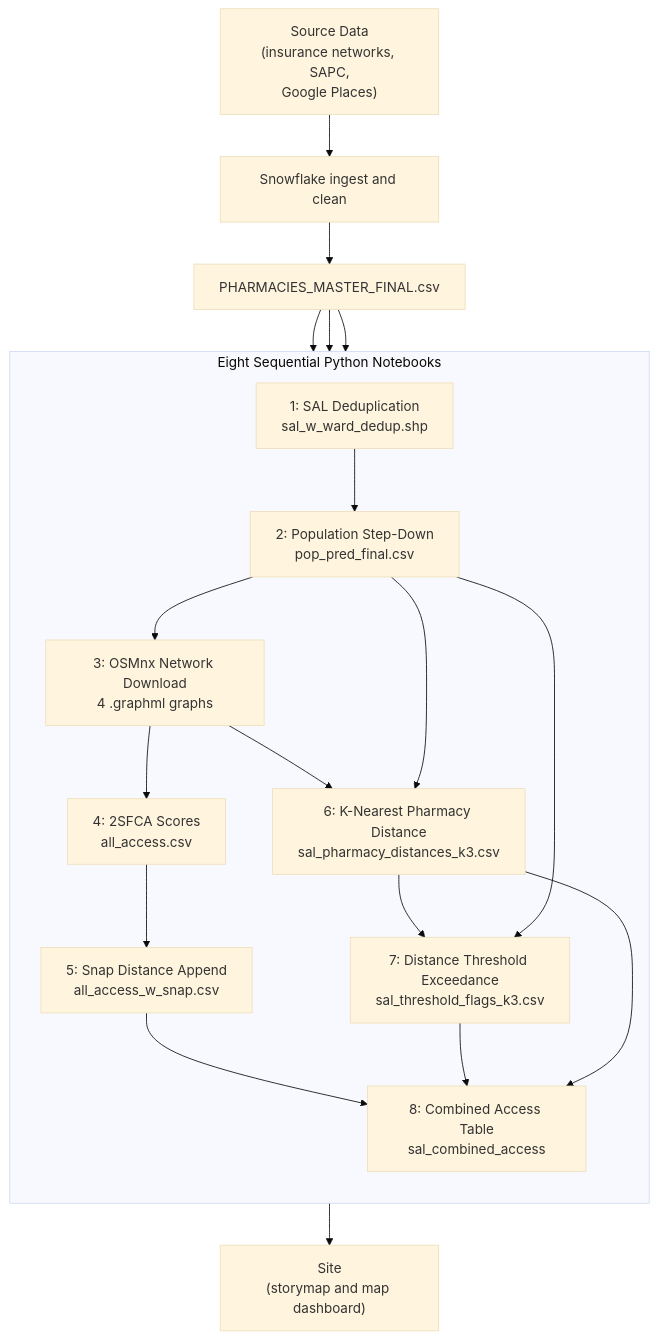
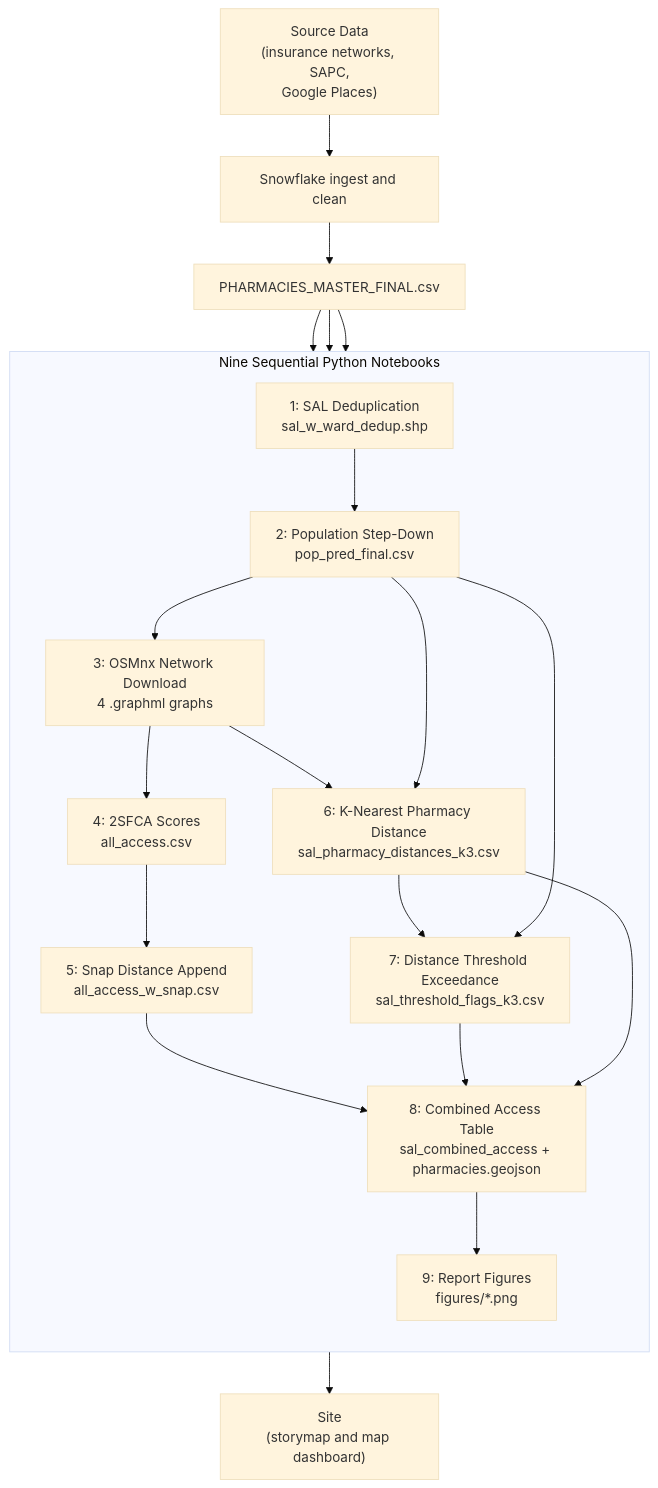
One commit to astauf03/dair-pharmacy-app changed the diagram in report/README.md. Above: the diagram before and after it, drawn with Mermaid (base theme). The commit also changed other lines of this file, not shown here.

````diff
--- a/report/README.md
+++ b/report/README.md
@@ -194,26 +194,27 @@
 ```mermaid
 flowchart TD
     SRC["Source Data<br/>(insurance networks, SAPC,<br/>Google Places)"] --> SNOW["Snowflake ingest and clean"]
     SNOW --> RX["PHARMACIES_MASTER_FINAL.csv"]
 
     RX --> N3
     RX --> N4
     RX --> N6
 
-    subgraph NB["Eight Sequential Python Notebooks"]
+    subgraph NB["Nine Sequential Python Notebooks"]
         direction TB
         N1["1: SAL Deduplication<br/>sal_w_ward_dedup.shp"] --> N2["2: Population Step-Down<br/>pop_pred_final.csv"]
         N2 --> N3["3: OSMnx Network Download<br/>4 .graphml graphs"]
         N3 --> N4["4: 2SFCA Scores<br/>all_access.csv"]
         N4 --> N5["5: Snap Distance Append<br/>all_access_w_snap.csv"]
-        N5 --> N8["8: Combined Access Table<br/>sal_combined_access"]
+        N5 --> N8["8: Combined Access Table<br/>sal_combined_access + pharmacies.geojson"]
         N3 --> N6["6: K-Nearest Pharmacy Distance<br/>sal_pharmacy_distances_k3.csv"]
         N6 --> N7["7: Distance Threshold Exceedance<br/>sal_threshold_flags_k3.csv"]
         N7 --> N8
         N2 --> N6
         N2 --> N7
         N6 --> N8
+        N8 --> N9["9: Report Figures<br/>figures/*.png"]
     end
 
     N8 --> SITE["Site<br/>(storymap and map dashboard)"]
 ```
````
